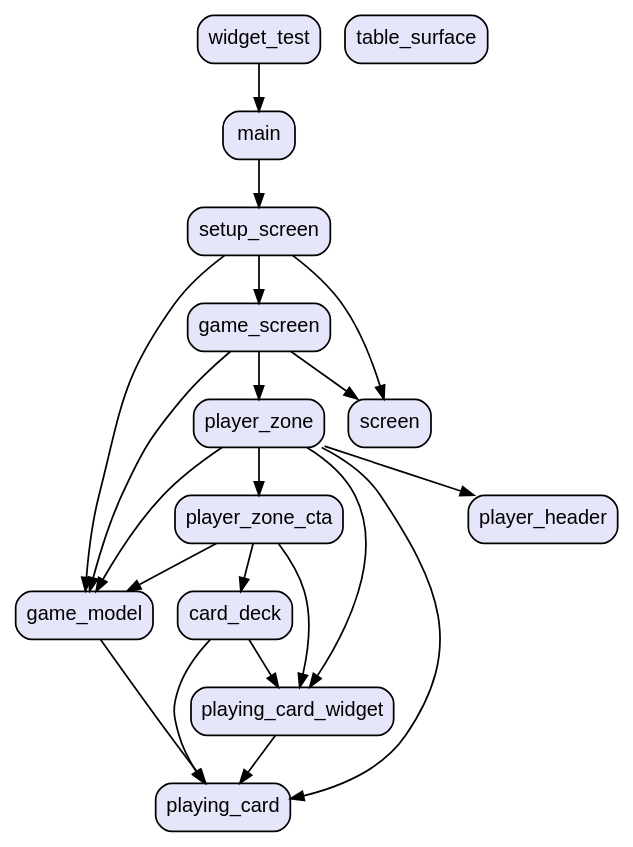
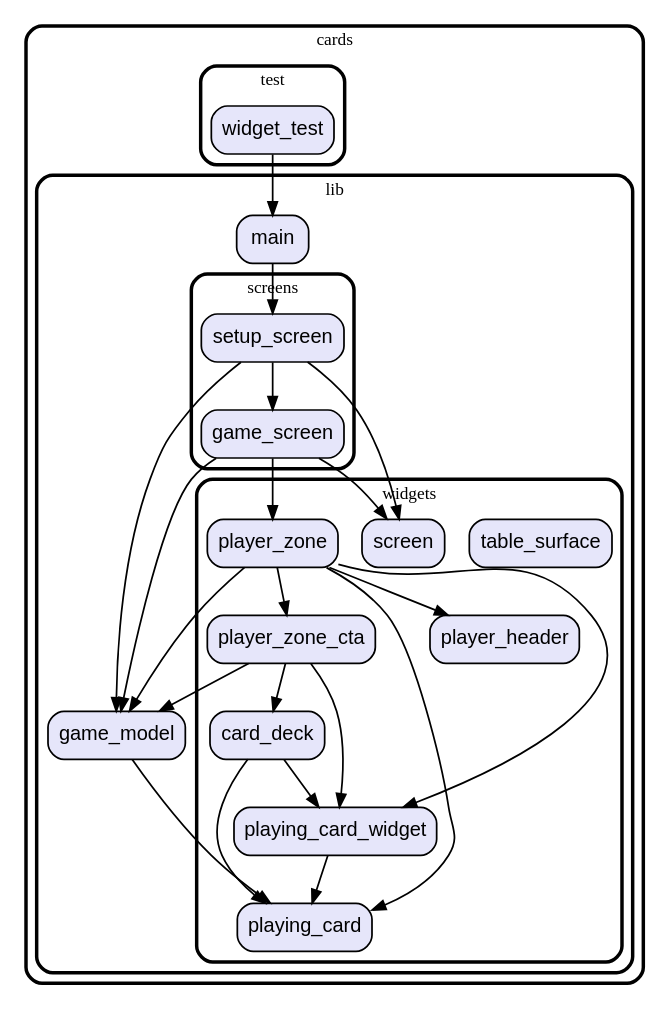
Before and after one commit to vteam-com/Cards: the diagram in graph.dot, drawn with Graphviz. The commit also changed 5 other files, not shown here.

```diff
--- a/graph.dot
+++ b/graph.dot
@@ -1,38 +1,66 @@
 digraph "" {
   graph [style=rounded fontname="Arial Black" fontsize=13 penwidth=2.6];
   node [shape=rect style="filled,rounded" fontname=Arial fontsize=15 fillcolor=Lavender penwidth=1.3];
   edge [penwidth=1.3];
+  "/test/widget_test.dart" [label="widget_test"];
   "/lib/game_model.dart" [label="game_model"];
-  "/lib/main.dart" [label="main"];
   "/lib/screens/game_screen.dart" [label="game_screen"];
   "/lib/screens/setup_screen.dart" [label="setup_screen"];
+  "/lib/main.dart" [label="main"];
+  "/lib/widgets/playing_card_widget.dart" [label="playing_card_widget"];
   "/lib/widgets/card_deck.dart" [label="card_deck"];
+  "/lib/widgets/table_surface.dart" [label="table_surface"];
+  "/lib/widgets/player_zone.dart" [label="player_zone"];
+  "/lib/widgets/playing_card.dart" [label="playing_card"];
+  "/lib/widgets/player_zone_cta.dart" [label="player_zone_cta"];
+  "/lib/widgets/screen.dart" [label="screen"];
   "/lib/widgets/player_header.dart" [label="player_header"];
-  "/lib/widgets/player_zone.dart" [label="player_zone"];
-  "/lib/widgets/player_zone_cta.dart" [label="player_zone_cta"];
-  "/lib/widgets/playing_card.dart" [label="playing_card"];
-  "/lib/widgets/playing_card_widget.dart" [label="playing_card_widget"];
-  "/lib/widgets/screen.dart" [label="screen"];
-  "/lib/widgets/table_surface.dart" [label="table_surface"];
-  "/test/widget_test.dart" [label="widget_test"];
+  subgraph "cluster~" {
+    label="cards";
+    subgraph "cluster~/test" {
+      label="test";
+      "/test/widget_test.dart";
+    }
+    subgraph "cluster~/lib" {
+      label="lib";
+      "/lib/game_model.dart";
+      "/lib/main.dart";
+      subgraph "cluster~/lib/screens" {
+        label="screens";
+        "/lib/screens/game_screen.dart";
+        "/lib/screens/setup_screen.dart";
+      }
+      subgraph "cluster~/lib/widgets" {
+        label="widgets";
+        "/lib/widgets/playing_card_widget.dart";
+        "/lib/widgets/card_deck.dart";
+        "/lib/widgets/table_surface.dart";
+        "/lib/widgets/player_zone.dart";
+        "/lib/widgets/playing_card.dart";
+        "/lib/widgets/player_zone_cta.dart";
+        "/lib/widgets/screen.dart";
+        "/lib/widgets/player_header.dart";
+      }
+    }
+  }
+  "/test/widget_test.dart" -> "/lib/main.dart";
   "/lib/game_model.dart" -> "/lib/widgets/playing_card.dart";
-  "/lib/main.dart" -> "/lib/screens/setup_screen.dart";
   "/lib/screens/game_screen.dart" -> "/lib/widgets/player_zone.dart";
   "/lib/screens/game_screen.dart" -> "/lib/widgets/screen.dart";
   "/lib/screens/game_screen.dart" -> "/lib/game_model.dart";
   "/lib/screens/setup_screen.dart" -> "/lib/game_model.dart";
   "/lib/screens/setup_screen.dart" -> "/lib/screens/game_screen.dart";
   "/lib/screens/setup_screen.dart" -> "/lib/widgets/screen.dart";
+  "/lib/main.dart" -> "/lib/screens/setup_screen.dart";
+  "/lib/widgets/playing_card_widget.dart" -> "/lib/widgets/playing_card.dart";
   "/lib/widgets/card_deck.dart" -> "/lib/widgets/playing_card.dart";
   "/lib/widgets/card_deck.dart" -> "/lib/widgets/playing_card_widget.dart";
   "/lib/widgets/player_zone.dart" -> "/lib/game_model.dart";
   "/lib/widgets/player_zone.dart" -> "/lib/widgets/player_header.dart";
   "/lib/widgets/player_zone.dart" -> "/lib/widgets/player_zone_cta.dart";
   "/lib/widgets/player_zone.dart" -> "/lib/widgets/playing_card.dart";
   "/lib/widgets/player_zone.dart" -> "/lib/widgets/playing_card_widget.dart";
   "/lib/widgets/player_zone_cta.dart" -> "/lib/game_model.dart";
   "/lib/widgets/player_zone_cta.dart" -> "/lib/widgets/card_deck.dart";
   "/lib/widgets/player_zone_cta.dart" -> "/lib/widgets/playing_card_widget.dart";
-  "/lib/widgets/playing_card_widget.dart" -> "/lib/widgets/playing_card.dart";
-  "/test/widget_test.dart" -> "/lib/main.dart";
 }
```
